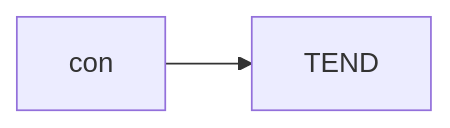
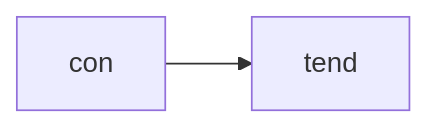
Before and after one commit to seki999/DialogueFlow: the first of 5 diagrams in slides_backup/托业单词/20260630/09.md, drawn with Mermaid. The commit also changed other lines of this file and 28 other files, not shown here.

````diff
--- a/slides_backup/托业单词/20260630/09.md
+++ b/slides_backup/托业单词/20260630/09.md
@@ -17,4 +19,4 @@
 ```mermaid
 flowchart LR
-    A[con] --> B[TEND]
+    A[con] --> B[tend]
 ```
````
